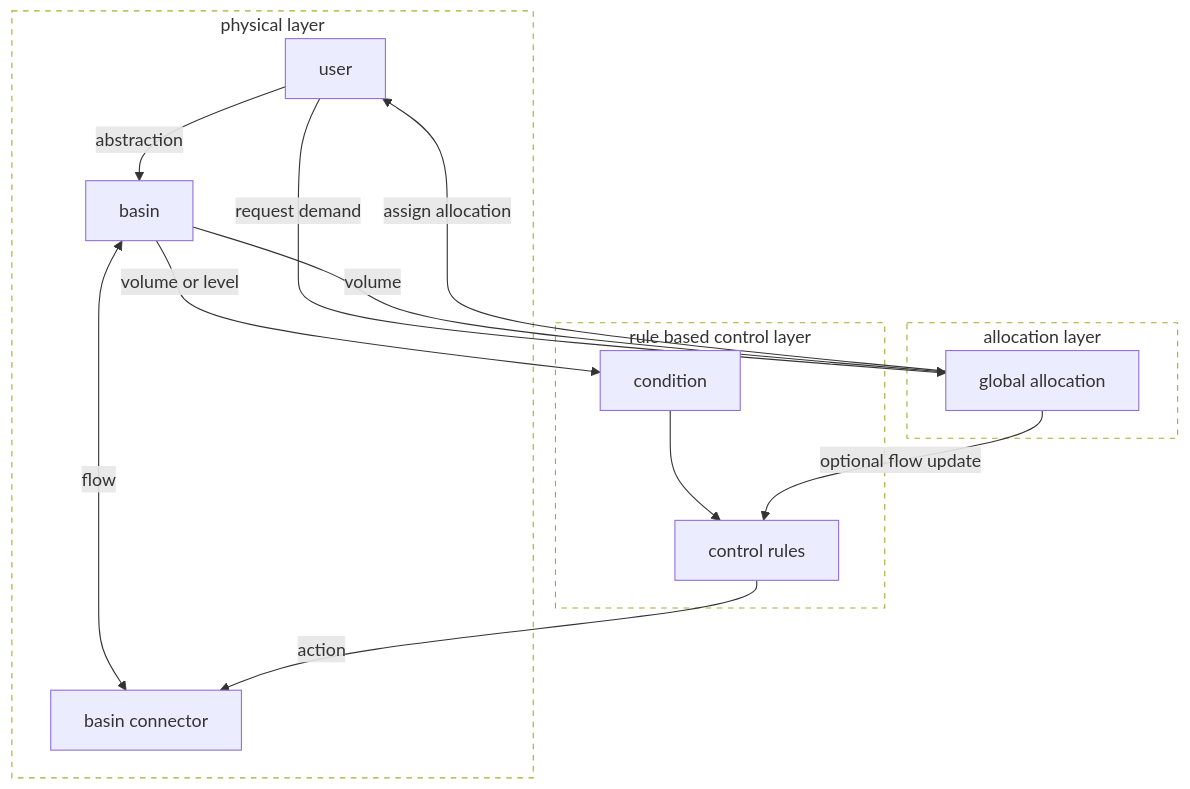
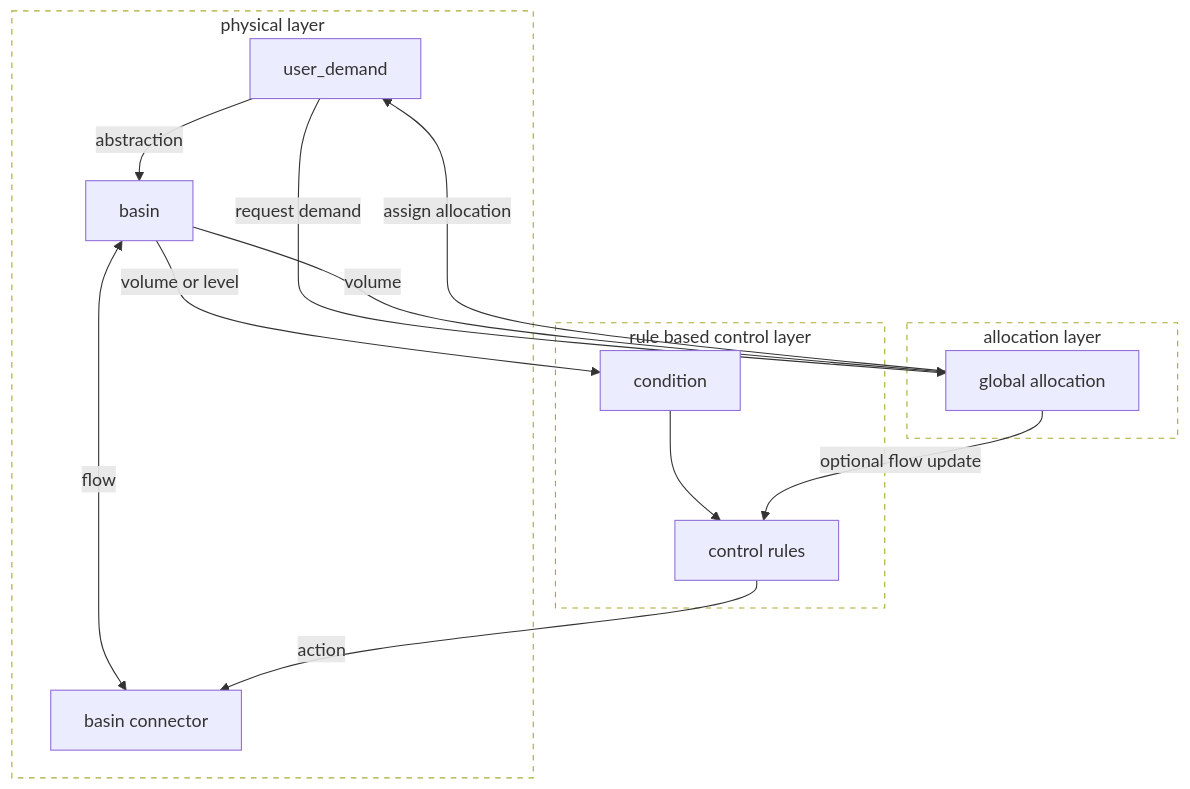
Before and after one commit to Deltares/Ribasim: the first of 2 diagrams in docs/index.qmd, drawn with Mermaid. The commit also changed 21 other files, not shown here.

Commit message:
Change user to user_demand with manual review

````diff
--- a/docs/index.qmd
+++ b/docs/index.qmd
@@ -54,35 +54,35 @@
 ```{mermaid}
 flowchart TB
 physical:::layer
 rbc:::layer
 allocation:::layer
-user
+user_demand
 basin
 connector[basin connector]
 control[control rules]
 condition
 alloc[global allocation]
 
 subgraph physical[physical layer]
-    user-->|abstraction| basin
+    user_demand-->|abstraction| basin
     basin<-->|flow| connector
 end
 
 subgraph rbc[rule based control layer]
    condition --> control
 end
 
 subgraph allocation[allocation layer]
     alloc
 end
 
-user-->|request demand| alloc
-alloc-->|assign allocation| user
+user_demand-->|request demand| alloc
+alloc-->|assign allocation| user_demand
 basin-->|volume| alloc
 basin --> |volume or level| condition
 alloc --> |optional flow update| control
 control --> |action| connector
 
 %% class definitions for C4 model
 classDef layer fill:transparent,stroke-dasharray:5 5
 ```
````
